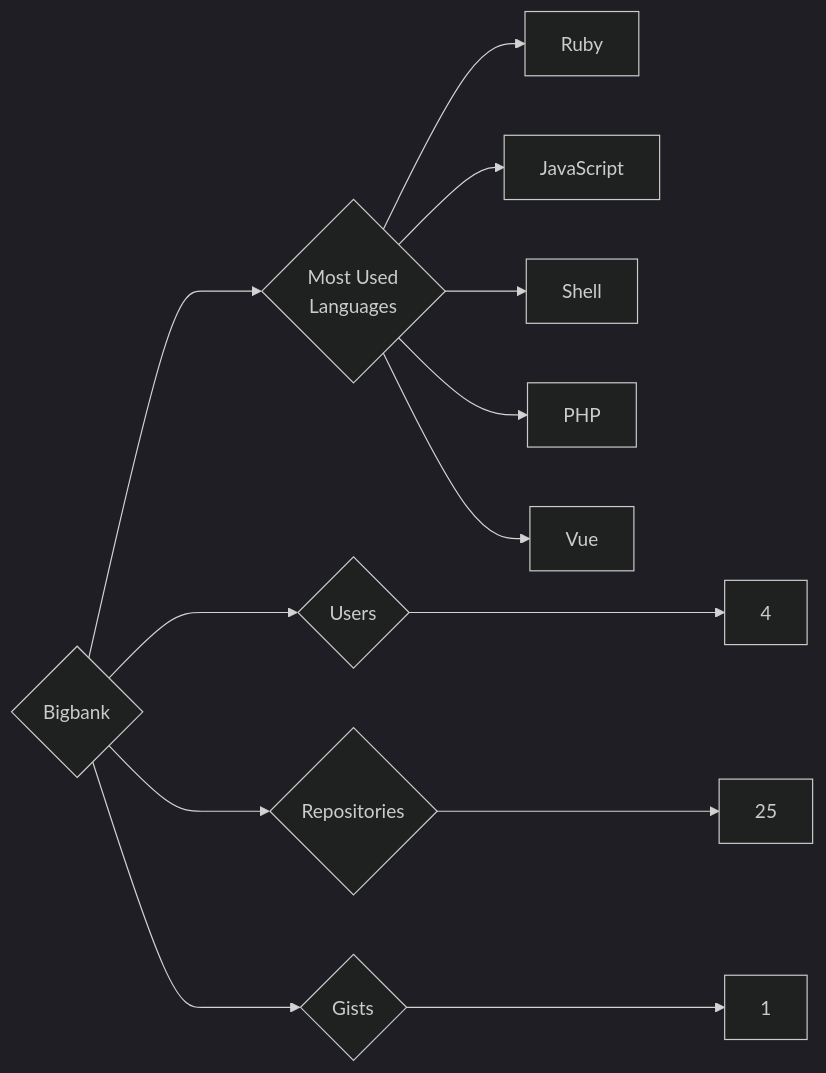
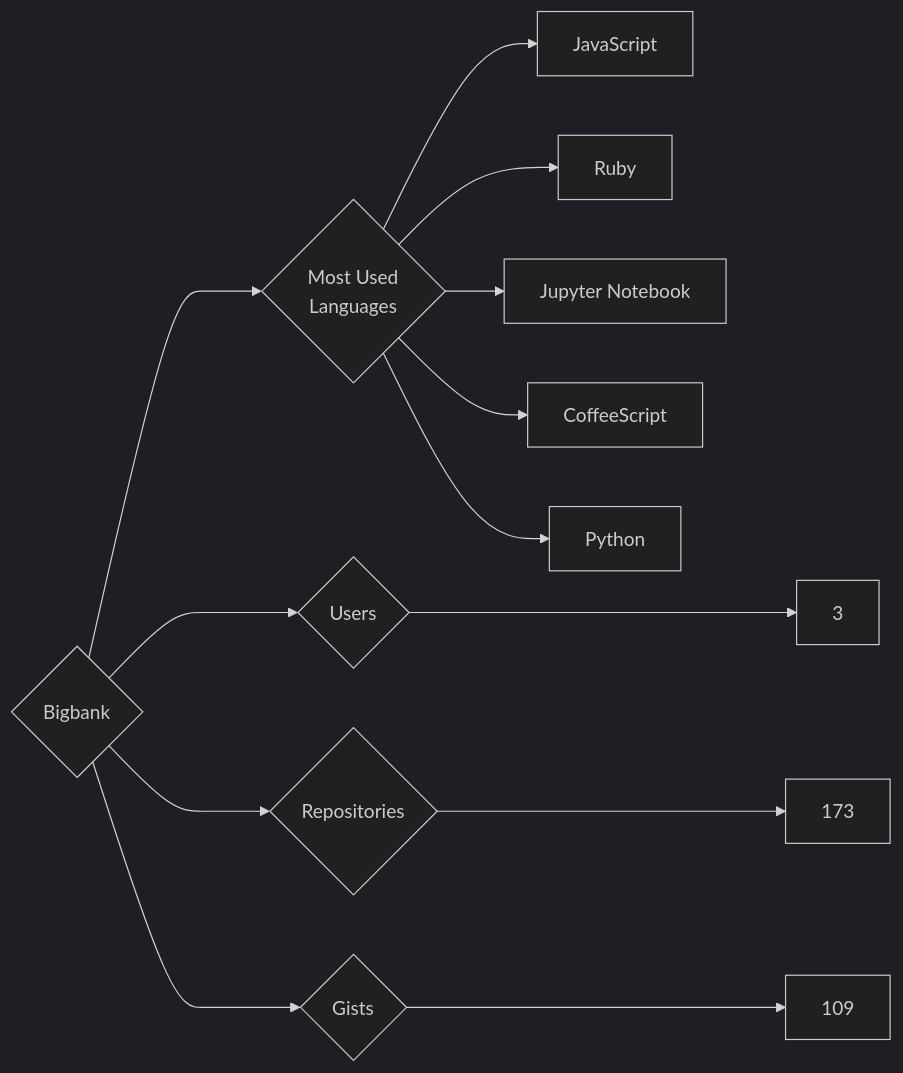
The diagram in targets/Bigbank/README.md (trickest/insiders), drawn with Mermaid (dark theme) before and after one commit. The commit also changed 924 other files, not shown here.

````diff
--- a/targets/Bigbank/README.md
+++ b/targets/Bigbank/README.md
@@ -3,13 +3,13 @@
 ```mermaid
 graph LR
 COMPANY_NAME{Bigbank}
-COMPANY_NAME ---> U{Users} ---> UN[4]
-COMPANY_NAME ---> R{Repositories} ---> RN[25]
-COMPANY_NAME ---> G{Gists} ---> GN[1]
+COMPANY_NAME ---> U{Users} ---> UN[3]
+COMPANY_NAME ---> R{Repositories} ---> RN[173]
+COMPANY_NAME ---> G{Gists} ---> GN[109]
 COMPANY_NAME ---> ML{Most Used<br>Languages}
+ML --> JavaScript[JavaScript]
 ML --> Ruby[Ruby]
-ML --> JavaScript[JavaScript]
-ML --> Shell[Shell]
-ML --> PHP[PHP]
-ML --> Vue[Vue]
+ML --> Jupyter_Notebook[Jupyter Notebook]
+ML --> CoffeeScript[CoffeeScript]
+ML --> Python[Python]
 ```
````
